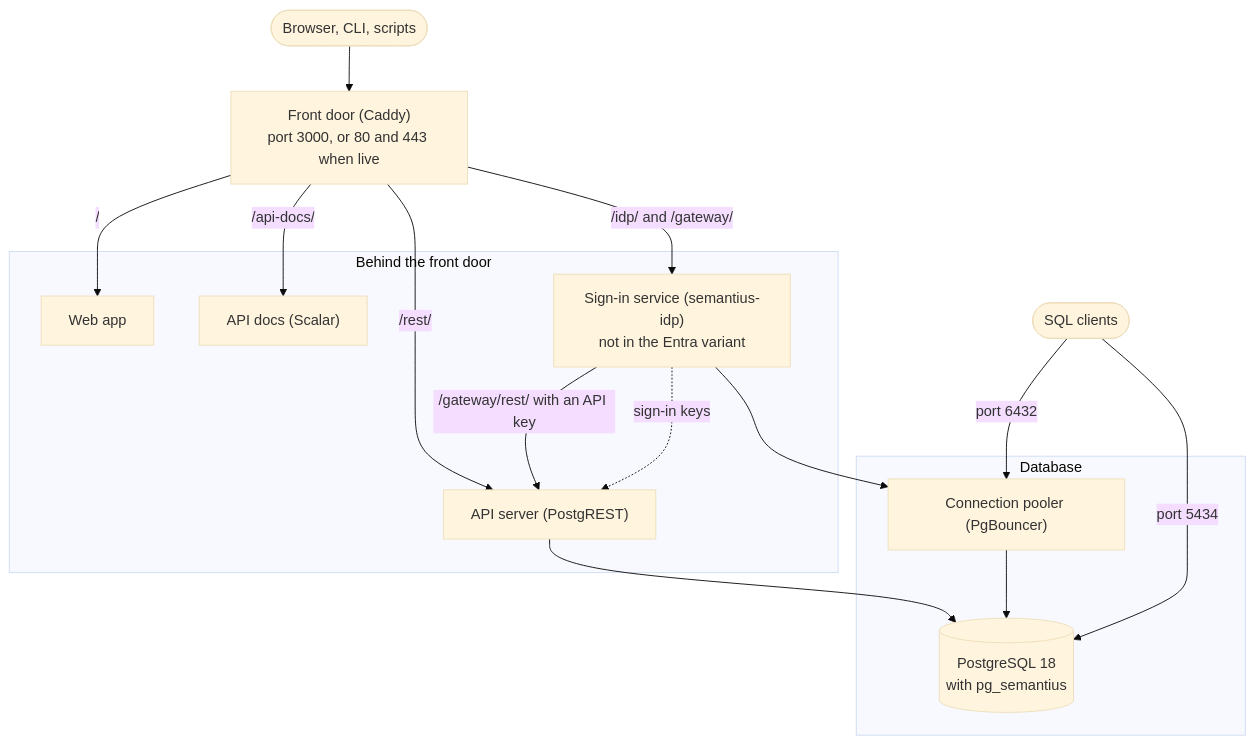
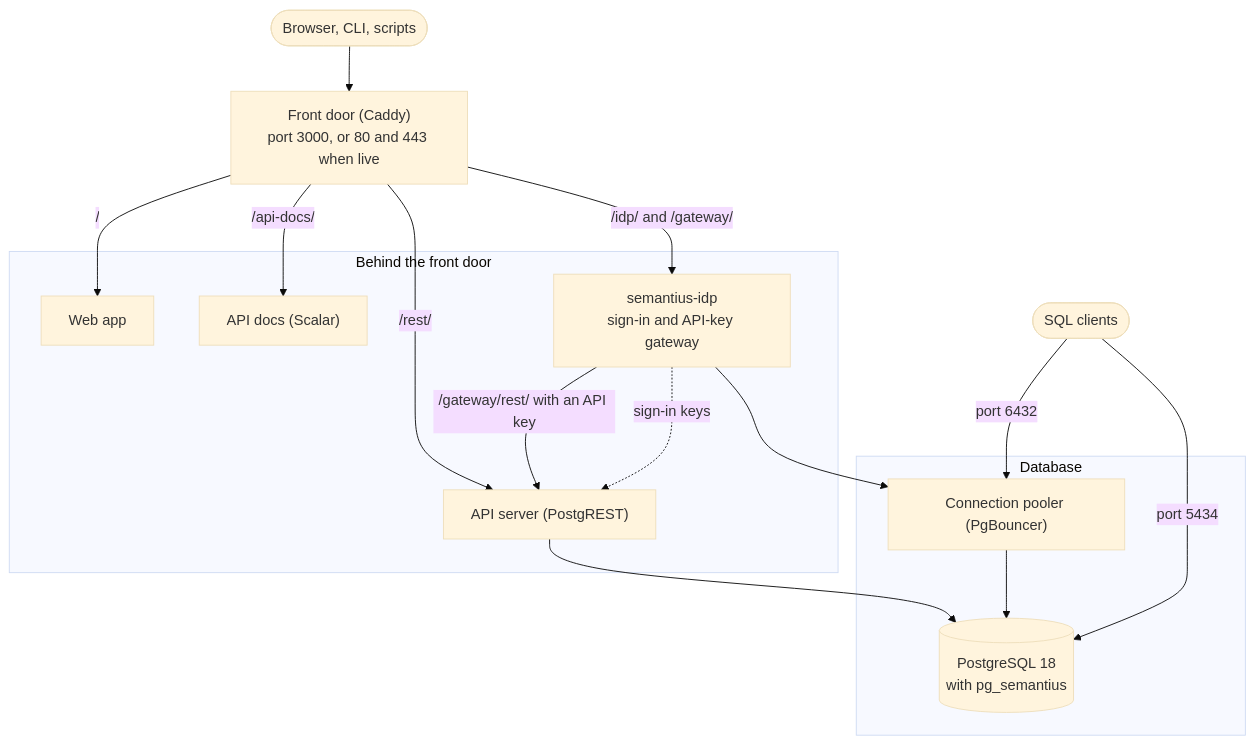
Before and after one commit to semantius/semantius-site: the diagram in apps/web/src/content/docs/self-hosted/index.mdx, drawn with Mermaid (base theme). The commit also changed other lines of this file and 6 other files, not shown here.

First line of the commit message:
Self-hosted docs: frame semantius-idp as adding a gateway, explain DB ports

````diff
--- a/apps/web/src/content/docs/self-hosted/index.mdx
+++ b/apps/web/src/content/docs/self-hosted/index.mdx
@@ -47,32 +47,32 @@
 ```mermaid
 flowchart TB
     browser(["Browser, CLI, scripts"])
     caddy["Front door (Caddy)<br/>port 3000, or 80 and 443 when live"]
 
     subgraph http["Behind the front door"]
         app["Web app"]
         docs["API docs (Scalar)"]
-        idp["Sign-in service (semantius-idp)<br/>not in the Entra variant"]
+        idp["semantius-idp<br/>sign-in and API-key gateway"]
         api["API server (PostgREST)"]
     end
 
     subgraph data["Database"]
         pool["Connection pooler (PgBouncer)"]
         pg[("PostgreSQL 18<br/>with pg_semantius")]
     end
 
     sqlclient(["SQL clients"])
 
     browser --> caddy
     caddy -->|"/"| app
     caddy -->|"/idp/ and /gateway/"| idp
     caddy -->|"/api-docs/"| docs
     caddy -->|"/rest/"| api
     idp -->|"/gateway/rest/ with an API key"| api
     idp -.->|"sign-in keys"| api
     idp --> pool
     api --> pg
     pool --> pg
     sqlclient -->|"port 6432"| pool
     sqlclient -->|"port 5434"| pg
 ```
````
